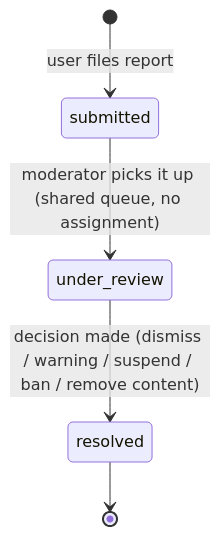
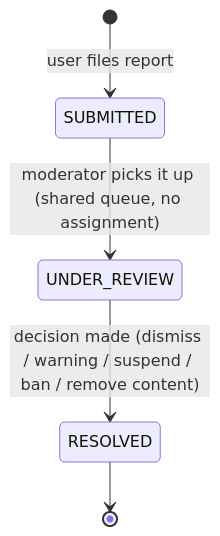
Before and after one commit to Iarylkin/proFinder_backend: the fourth of 6 diagrams in docs/5 - State Machines.md, drawn with Mermaid. The commit also changed other lines of this file and 12 other files, not shown here.

````diff
--- a/docs/5 - State Machines.md
+++ b/docs/5 - State Machines.md
@@ -85,10 +85,10 @@
 ```mermaid
 stateDiagram-v2
-    [*] --> submitted: user files report
+    [*] --> SUBMITTED: user files report
 
-    submitted --> under_review: moderator picks it up (shared queue, no assignment)
+    SUBMITTED --> UNDER_REVIEW: moderator picks it up (shared queue, no assignment)
 
-    under_review --> resolved: decision made (dismiss / warning / suspend / ban / remove content)
+    UNDER_REVIEW --> RESOLVED: decision made (dismiss / warning / suspend / ban / remove content)
 
-    resolved --> [*]
+    RESOLVED --> [*]
 ```
````
